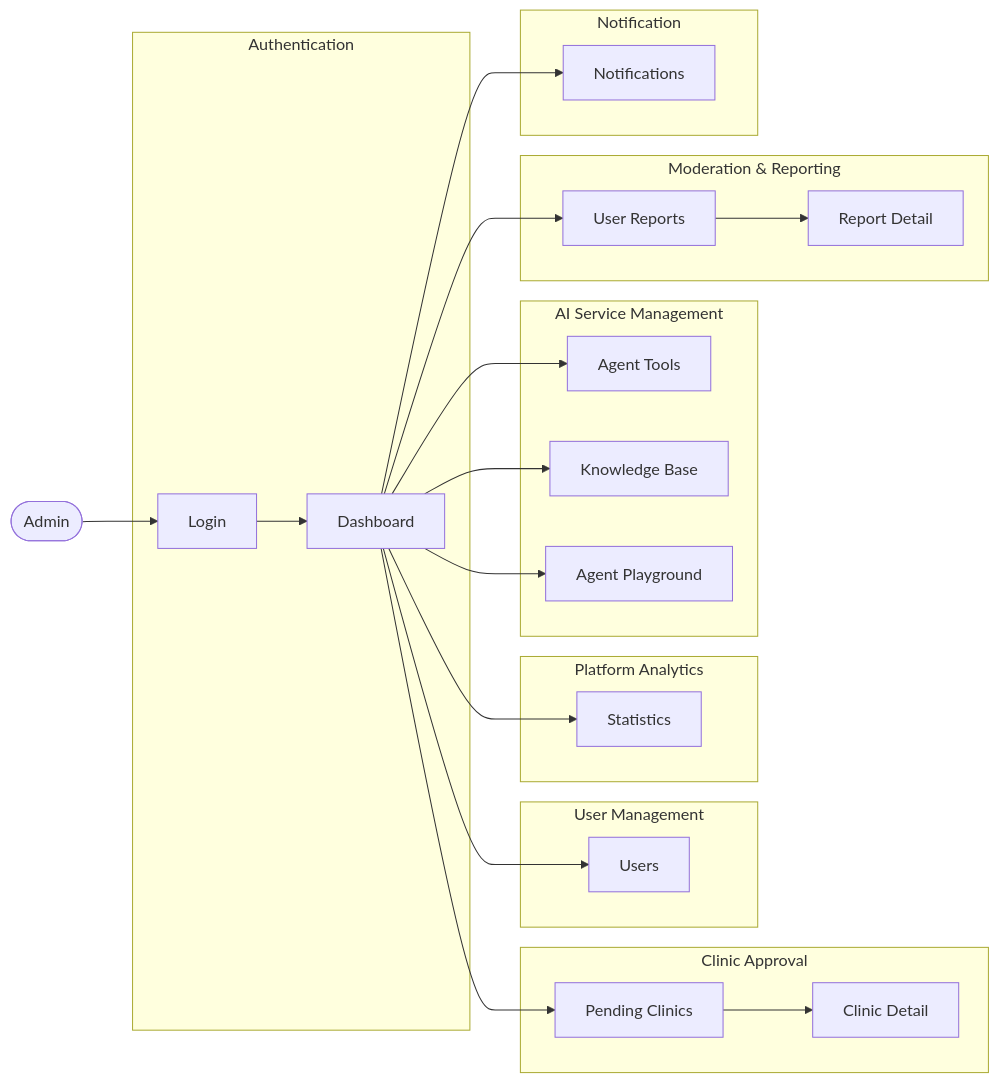
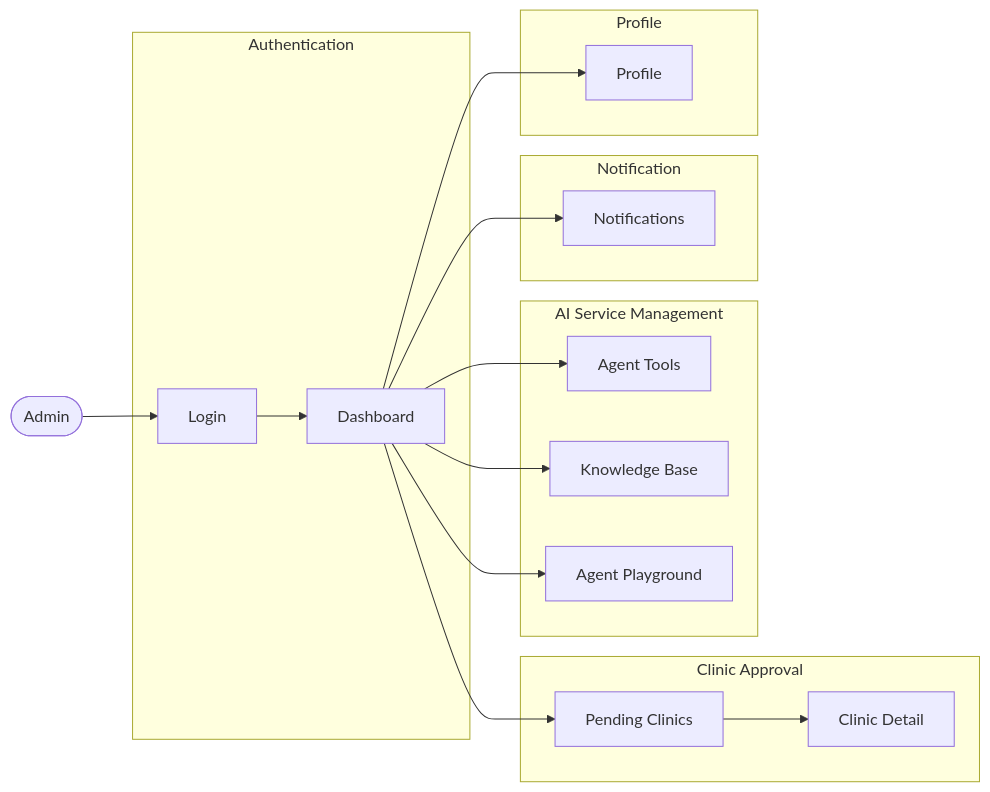
Before and after one commit to espresso23/Petties-Veterinary-Appointment-Booking-Platform: the eighth of 10 diagrams in docs-references/documentation/SRS/PETTIES_SRS.md, drawn with Mermaid. The commit also changed other lines of this file and 20 other files, not shown here.

````diff
--- a/docs-references/documentation/SRS/PETTIES_SRS.md
+++ b/docs-references/documentation/SRS/PETTIES_SRS.md
@@ -854,36 +879,27 @@
 ```mermaid
 flowchart LR
     ADMIN([Admin]) --> Login
 
     subgraph Authentication
         Login --> Dashboard
     end
 
     subgraph Clinic_Approval[Clinic Approval]
         Dashboard --> PendingClinics[Pending Clinics]
         PendingClinics --> ClinicDetail[Clinic Detail]
     end
 
-    subgraph User_Management[User Management]
-        Dashboard --> Users
-    end
-
-    subgraph Platform_Analytics[Platform Analytics]
-        Dashboard --> Statistics
-    end
-
     subgraph AI_Service_Management[AI Service Management]
         Dashboard --> AgentTools[Agent Tools]
         Dashboard --> KnowledgeBase[Knowledge Base]
         Dashboard --> AgentPlayground[Agent Playground]
     end
 
-    subgraph Moderation_Reporting[Moderation & Reporting]
-        Dashboard --> UserReports[User Reports]
-        UserReports --> ReportDetail[Report Detail]
-    end
-
     subgraph Notification
         Dashboard --> Notifications
     end
+
+    subgraph Profile
+        Dashboard --> ProfileScreen[Profile]
+    end
 ```
````
